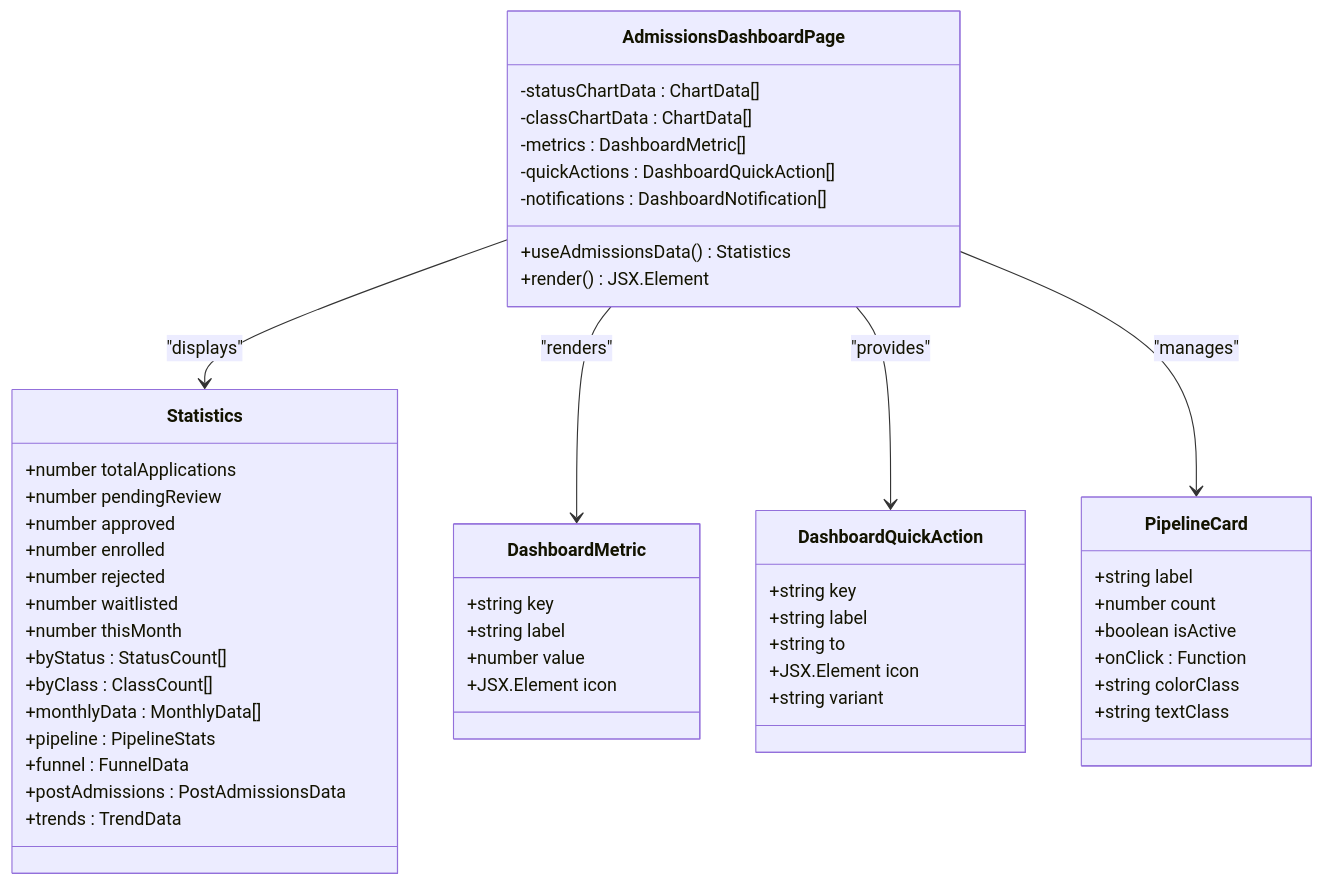
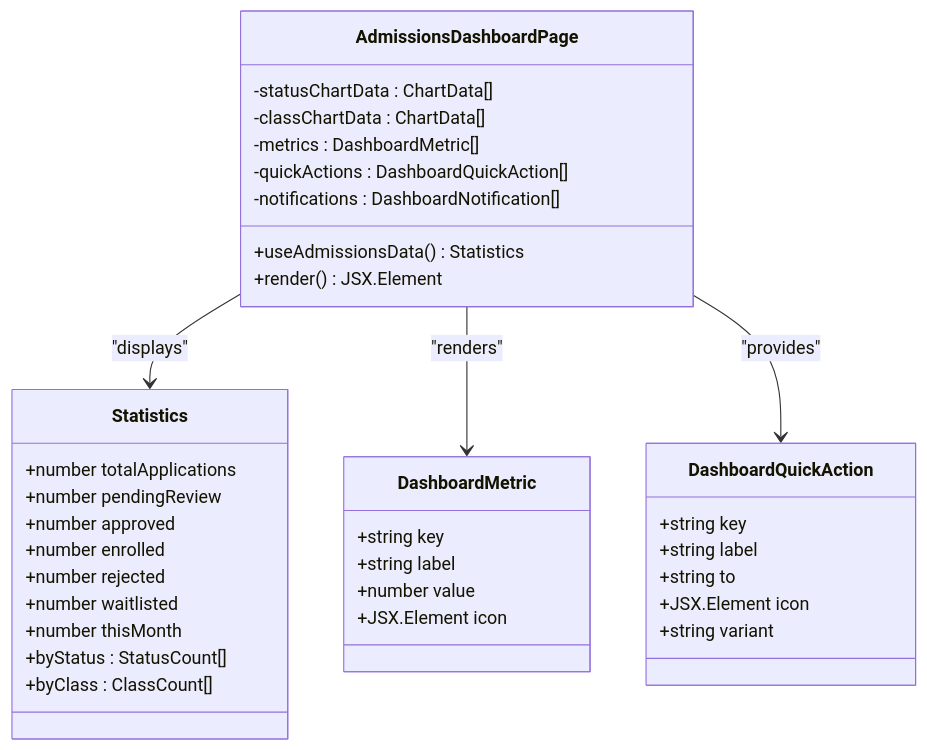
One commit to geniusdynamics/schoolpilot changed the seventh of 11 diagrams in .qoder/repowiki/en/content/Admissions Module.md. Above: the diagram before and after it, drawn with Mermaid. The commit also changed other lines of this file and 311 other files, not shown here.

````diff
--- a/.qoder/repowiki/en/content/Admissions Module.md
+++ b/.qoder/repowiki/en/content/Admissions Module.md
@@ -566,53 +322,39 @@
 ```mermaid
 classDiagram
 class AdmissionsDashboardPage {
 +useAdmissionsData() Statistics
 +render() JSX.Element
 -statusChartData : ChartData[]
 -classChartData : ChartData[]
 -metrics : DashboardMetric[]
 -quickActions : DashboardQuickAction[]
 -notifications : DashboardNotification[]
 }
 class Statistics {
 +number totalApplications
 +number pendingReview
 +number approved
 +number enrolled
 +number rejected
 +number waitlisted
 +number thisMonth
 +byStatus : StatusCount[]
 +byClass : ClassCount[]
-+monthlyData : MonthlyData[]
-+pipeline : PipelineStats
-+funnel : FunnelData
-+postAdmissions : PostAdmissionsData
-+trends : TrendData
 }
 class DashboardMetric {
 +string key
 +string label
 +number value
 +JSX.Element icon
 }
 class DashboardQuickAction {
 +string key
 +string label
 +string to
 +JSX.Element icon
 +string variant
 }
-class PipelineCard {
-+string label
-+number count
-+boolean isActive
-+onClick : Function
-+string colorClass
-+string textClass
-}
 AdmissionsDashboardPage --> Statistics : "displays"
 AdmissionsDashboardPage --> DashboardMetric : "renders"
 AdmissionsDashboardPage --> DashboardQuickAction : "provides"
-AdmissionsDashboardPage --> PipelineCard : "manages"
 ```
````
